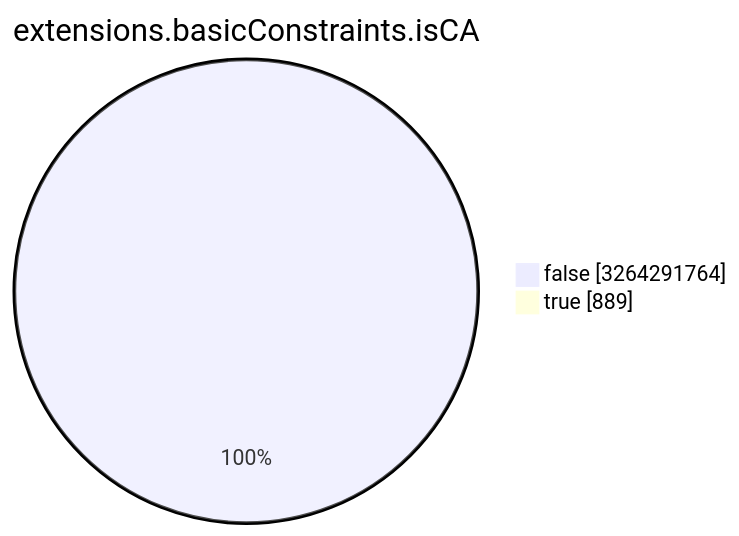
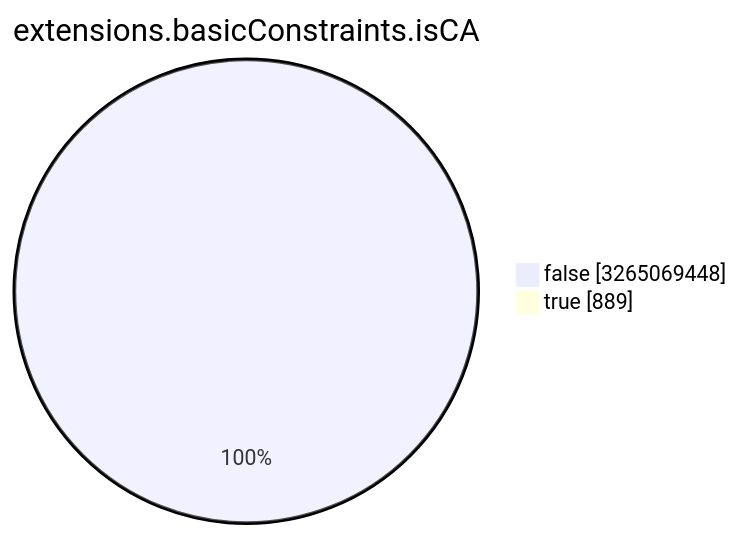
One commit to christiankrug/ctmonitor_visualization changed the seventh of 15 diagrams in TOTAL/README.md. Above: the diagram before and after it, drawn with Mermaid. The commit also changed other lines of this file, not shown here.

````diff
--- a/TOTAL/README.md
+++ b/TOTAL/README.md
@@ -3089,6 +3089,6 @@
 ```mermaid
 pie showData
 title extensions.basicConstraints.isCA
-"false" :3264291764
+"false" :3265069448
 "true" :889
 ```
````
